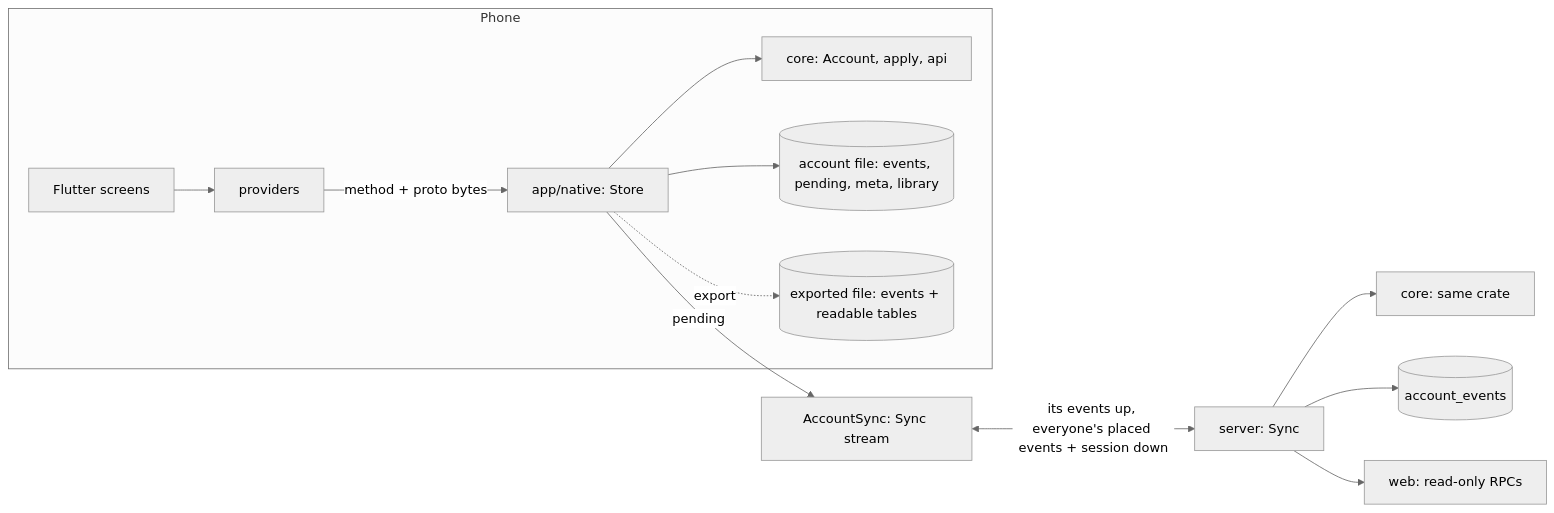
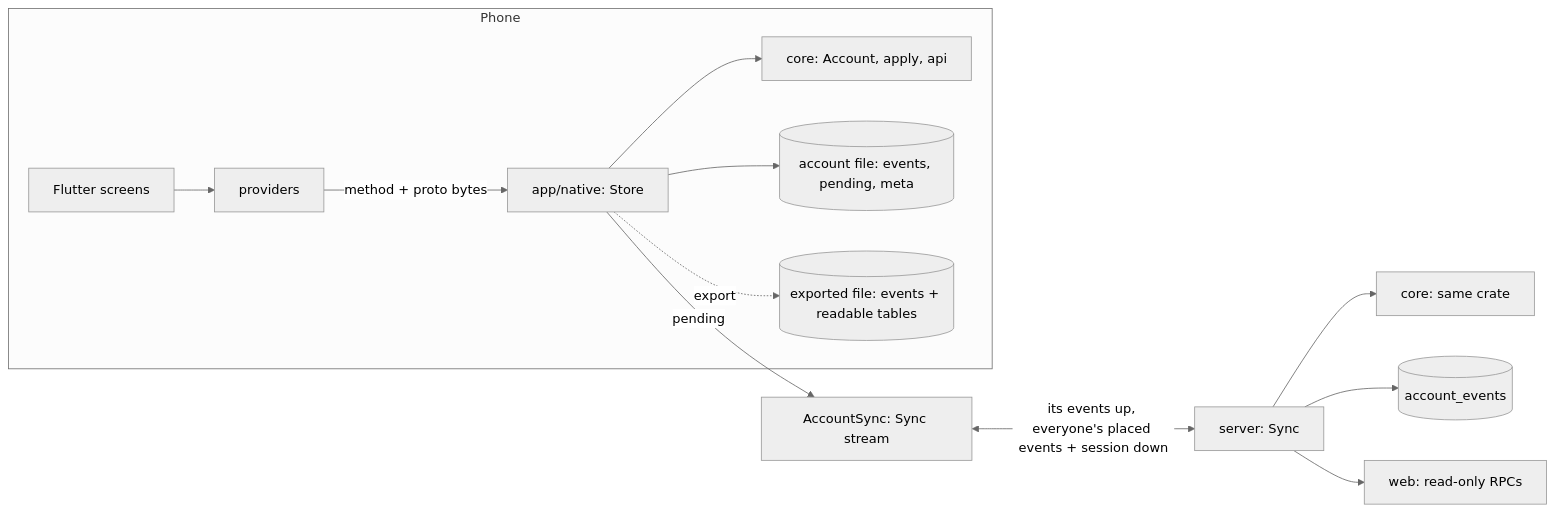
Before and after one commit to brensch/lift: the diagram in docs/architecture/local-first.md, drawn with Mermaid (neutral theme). The commit also changed other lines of this file and 8 other files, not shown here.

First line of the commit message:
Docs: the architecture as built on programs

````diff
--- a/docs/architecture/local-first.md
+++ b/docs/architecture/local-first.md
@@ -9,15 +9,15 @@
 ```mermaid
 graph LR
   subgraph Phone
     UI[Flutter screens] --> P[providers]
     P -->|method + proto bytes| N[app/native: Store]
     N --> C[core: Account, apply, api]
-    N --> F[(account file: events, pending, meta, library)]
+    N --> F[(account file: events, pending, meta)]
     N -.->|export| X[(exported file: events + readable tables)]
   end
   N -->|pending| S[AccountSync: Sync stream]
   S <-->|its events up, everyone's placed events + session down| SV[server: Sync]
   SV --> C2[core: same crate]
   SV --> DB[(account_events)]
   SV --> W[web: read-only RPCs]
 ```
````
